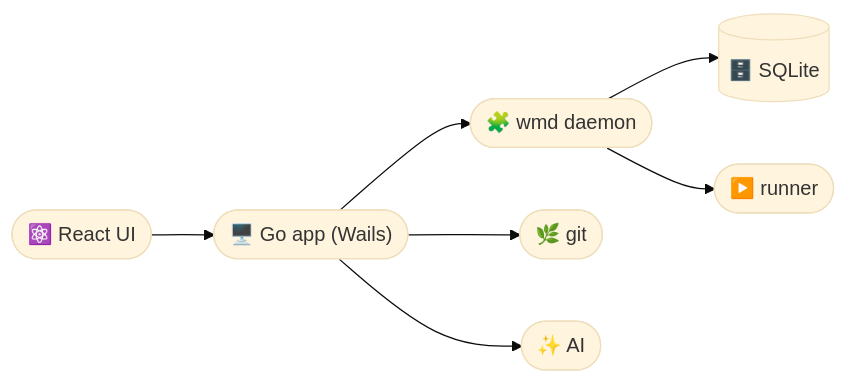
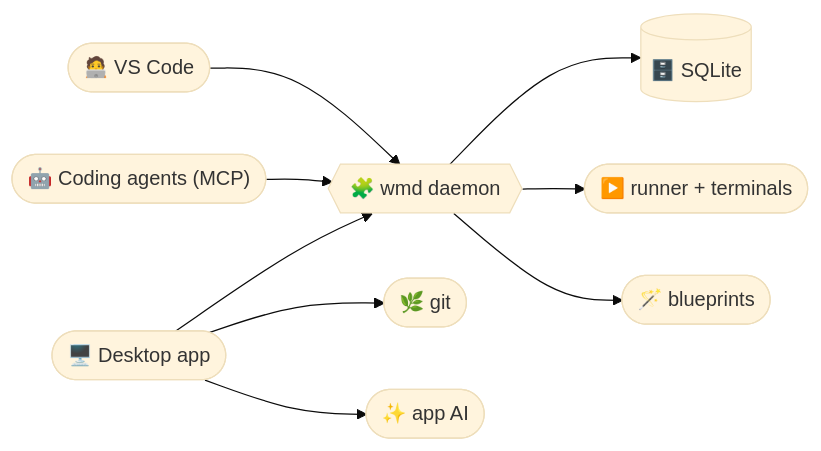
Before and after one commit to aliharakeh/workspace-manager: the diagram in README.md, drawn with Mermaid (base theme). The commit also changed other lines of this file, not shown here.

Commit message:
docs: present the daemon, VS Code extension and MCP server in the README

````diff
--- a/README.md
+++ b/README.md
@@ -23,9 +27,11 @@
 ```mermaid
 flowchart LR
-    UI(["⚛️ React UI"]) --> GO(["🖥️ Go app (Wails)"])
-    GO --> D(["🧩 wmd daemon"])
-    D --> DB[("🗄️ SQLite")]
-    D --> R(["▶️ runner"])
-    GO --> G(["🌿 git"])
-    GO --> A(["✨ AI"])
+    APP(["🖥️ Desktop app"]) --> D
+    VS(["🧑‍💻 VS Code"]) --> D
+    AI(["🤖 Coding agents (MCP)"]) --> D
+    D{{"🧩 wmd daemon"}} --> DB[("🗄️ SQLite")]
+    D --> R(["▶️ runner + terminals"])
+    D --> B(["🪄 blueprints"])
+    APP --> G(["🌿 git"])
+    APP --> A(["✨ app AI"])
 ```
````
